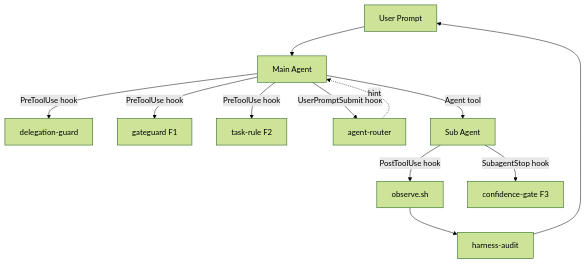
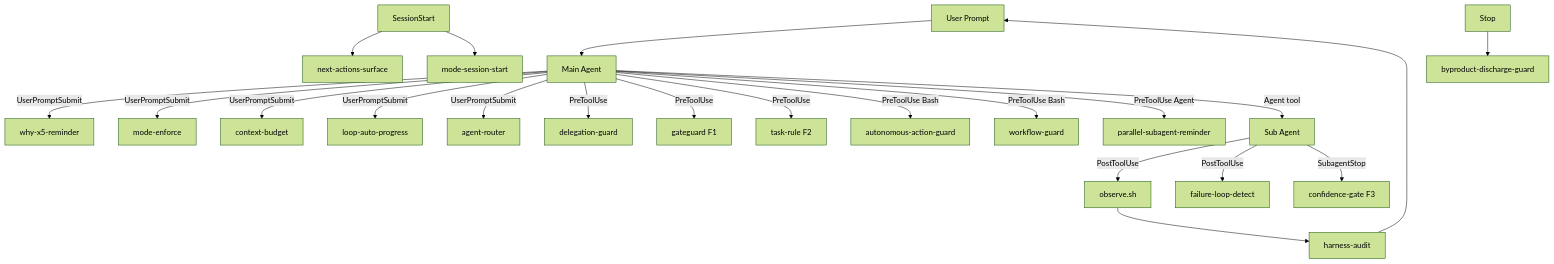
The first of 3 diagrams in README.md (thirai-classlab/hirai-method), drawn with Mermaid (forest theme) before and after one commit. The commit also changed other lines of this file, not shown here.

First line of the commit message:
docs(readme): 3 軸 (Why/What/How) 構造 + Critical Lessons + 最新規範反映で全面書き換え

````diff
--- a/README.md
+++ b/README.md
@@ -64,14 +104,24 @@
 ```mermaid
 flowchart TD
     User[User Prompt] --> Main[Main Agent]
-    Main -->|"PreToolUse hook"| DG[delegation-guard]
-    Main -->|"PreToolUse hook"| GG[gateguard F1]
-    Main -->|"PreToolUse hook"| TG[task-rule F2]
-    Main -->|"UserPromptSubmit hook"| AR[agent-router]
-    AR -.->|"hint"| Main
+    Main -->|"UserPromptSubmit"| WX[why-x5-reminder]
+    Main -->|"UserPromptSubmit"| ME[mode-enforce]
+    Main -->|"UserPromptSubmit"| CB[context-budget]
+    Main -->|"UserPromptSubmit"| LP[loop-auto-progress]
+    Main -->|"UserPromptSubmit"| AR[agent-router]
+    Main -->|"PreToolUse"| DG[delegation-guard]
+    Main -->|"PreToolUse"| GG[gateguard F1]
+    Main -->|"PreToolUse"| TG[task-rule F2]
+    Main -->|"PreToolUse Bash"| AA[autonomous-action-guard]
+    Main -->|"PreToolUse Bash"| WG[workflow-guard]
+    Main -->|"PreToolUse Agent"| PS[parallel-subagent-reminder]
     Main -->|"Agent tool"| Sub[Sub Agent]
-    Sub -->|"PostToolUse hook"| OB[observe.sh]
-    Sub -->|"SubagentStop hook"| CG[confidence-gate F3]
+    Sub -->|"PostToolUse"| OB[observe.sh]
+    Sub -->|"PostToolUse"| FL[failure-loop-detect]
+    Sub -->|"SubagentStop"| CG[confidence-gate F3]
     OB --> Audit[harness-audit]
     Audit --> User
+    SessionStart[SessionStart] --> NA[next-actions-surface]
+    SessionStart --> MS[mode-session-start]
+    Stop[Stop] --> BD[byproduct-discharge-guard]
 ```
````
